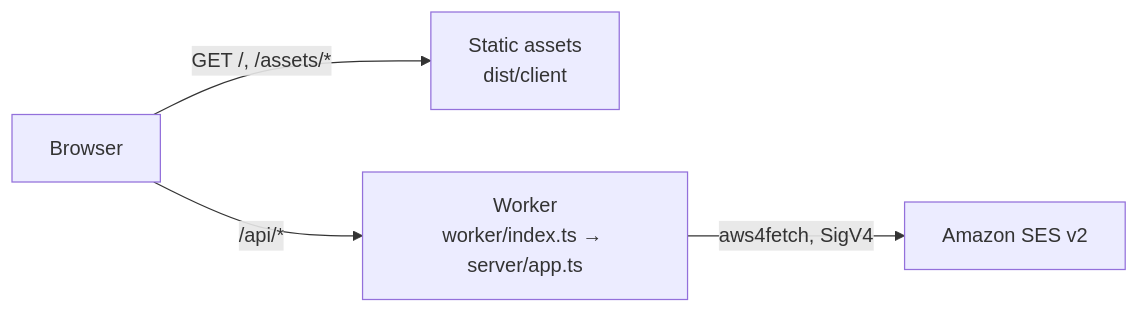
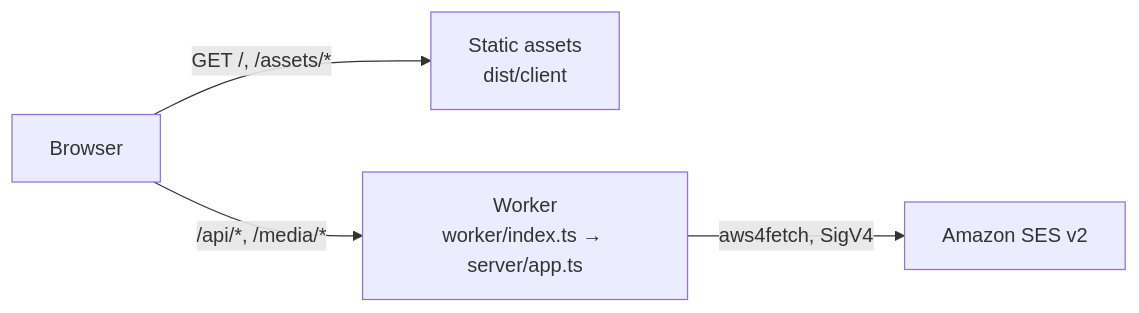
The diagram in docs/DEPLOYMENT.md (swarm-work/email-template-studio), drawn with Mermaid before and after one commit. The commit also changed other lines of this file and 309 other files, not shown here.

````diff
--- a/docs/DEPLOYMENT.md
+++ b/docs/DEPLOYMENT.md
@@ -26,6 +26,6 @@
 ```mermaid
 flowchart LR
   B[Browser] -->|"GET /, /assets/*"| A[Static assets<br/>dist/client]
-  B -->|"/api/*"| W["Worker<br/>worker/index.ts → server/app.ts"]
+  B -->|"/api/*, /media/*"| W["Worker<br/>worker/index.ts → server/app.ts"]
   W -->|"aws4fetch, SigV4"| SES[Amazon SES v2]
 ```
````
